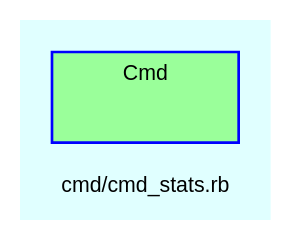
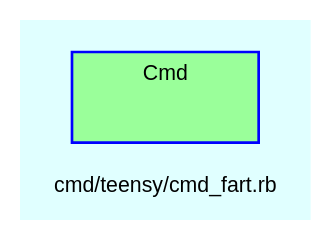
Before and after one commit to Tyche/teensymud: the diagram in doc/dot/f_55.dot, drawn with Graphviz. The commit also changed 297 other files, not shown here.

```diff
--- a/doc/dot/f_55.dot
+++ b/doc/dot/f_55.dot
@@ -1,29 +1,29 @@
 digraph TopLevel {
     compound = true
     bgcolor = lightcyan1
     fontname = Arial
     fontsize = 8
-    label = "cmd/cmd_stats.rb"
+    label = "cmd/teensy/cmd_fart.rb"
     node [
         fontname = Arial,
         fontsize = 8,
         color = black
     ]
 
     subgraph cluster_Cmd {
         fillcolor = palegreen1
         URL = "classes/Cmd.html"
         fontname = Arial
         color = blue
         label = "Cmd"
         style = filled
         Cmd [
             shape = plaintext,
             height = 0.01,
             width = 0.75,
             label = ""
         ]
 
     }
 
 }
```
